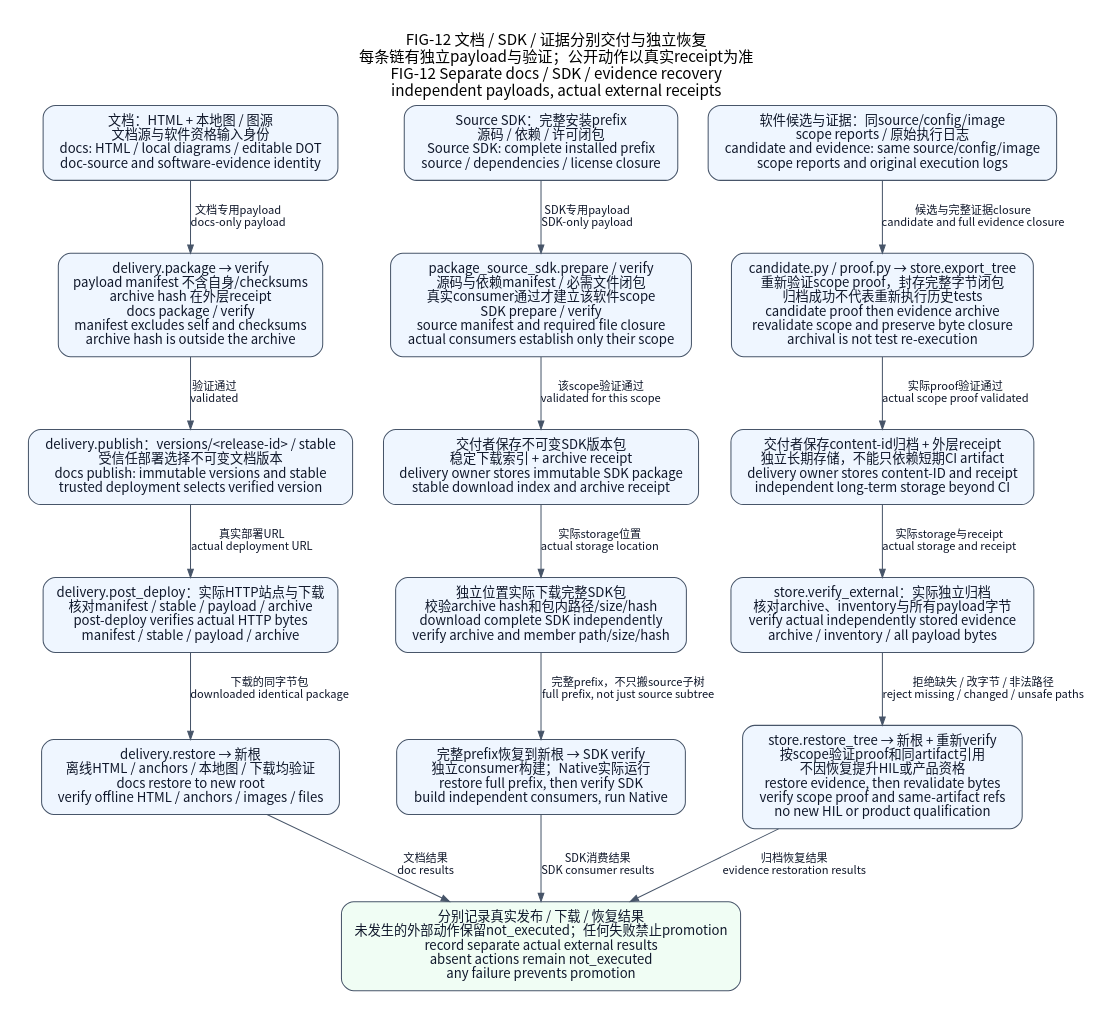
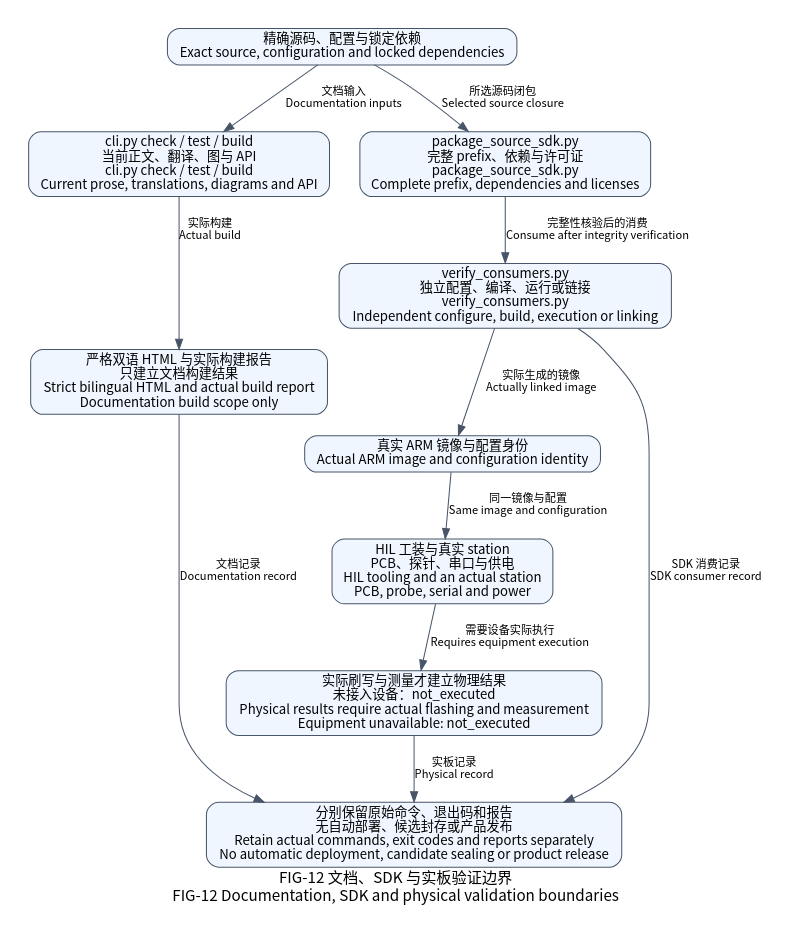
The diagram in docs/assets/diagrams/release-recovery.dot (X-Gen-Lab/nexus), drawn with Graphviz before and after one commit. The commit also changed 30 other files, not shown here.

```diff
--- a/docs/assets/diagrams/release-recovery.dot
+++ b/docs/assets/diagrams/release-recovery.dot
@@ -1,51 +1,30 @@
-// FIG-12 reference: source-backed, scoped engineering view.
-// Code basis: 0111c8d3b9c7b37d258b9c401070305b13b6f3a1.
-// Relations and qualification limits are documented in README.md.
-digraph ReleaseRecovery {
-    graph [newrank=true, rankdir=TB, bgcolor="white", pad=0.28, nodesep=0.42,
-           ranksep=0.66, fontname="Noto Sans CJK SC", fontsize=15,
-           labelloc=t];
+// FIG-12: current independent documentation, SDK and HIL boundaries.
+// Code basis: cc4619261fc1cc6c07de0fe266703d6297062aa8.
+digraph ValidationBoundaries {
+    graph [rankdir=TB, bgcolor="white", pad=0.28, nodesep=0.42,
+           ranksep=0.58, fontname="Noto Sans CJK SC", fontsize=15];
     node [shape=box, style="rounded,filled", fillcolor="#eff6ff",
-          color="#475569", fontcolor="#0f172a", fontname="Noto Sans CJK SC",
-          fontsize=13, margin="0.18,0.12"];
-    edge [color="#475569", fontcolor="#0f172a",
-          fontname="Noto Sans CJK SC", fontsize=11, arrowsize=0.8];
-
-    graph [label="FIG-12 文档 / SDK / 证据分别交付与独立恢复\n每条链有独立payload与验证；公开动作以真实receipt为准\nFIG-12 Separate docs / SDK / evidence recovery\nindependent payloads, actual external receipts"];
-    docs [label="文档：HTML + 本地图 / 图源\n文档源与软件资格输入身份\ndocs: HTML / local diagrams / editable DOT\ndoc-source and software-evidence identity", group="docs"];
-    sdk [label="Source SDK：完整安装prefix\n源码 / 依赖 / 许可闭包\nSource SDK: complete installed prefix\nsource / dependencies / license closure", group="sdk"];
-    candidate [label="软件候选与证据：同source/config/image\nscope reports / 原始执行日志\ncandidate and evidence: same source/config/image\nscope reports and original execution logs", group="evidence"];
-    docsSeal [label="delivery.package → verify\npayload manifest 不含自身/checksums\narchive hash 在外层receipt\ndocs package / verify\nmanifest excludes self and checksums\narchive hash is outside the archive", group="docs"];
-    sdkSeal [label="package_source_sdk.prepare / verify\n源码与依赖manifest / 必需文件闭包\n真实consumer通过才建立该软件scope\nSDK prepare / verify\nsource manifest and required file closure\nactual consumers establish only their scope", group="sdk"];
-    proofSeal [label="candidate.py / proof.py → store.export_tree\n重新验证scope proof，封存完整字节闭包\n归档成功不代表重新执行历史tests\ncandidate proof then evidence archive\nrevalidate scope and preserve byte closure\narchival is not test re-execution", group="evidence"];
-    docsPublish [label="delivery.publish：versions/<release-id> / stable\n受信任部署选择不可变文档版本\ndocs publish: immutable versions and stable\ntrusted deployment selects verified version", group="docs"];
-    sdkPublish [label="交付者保存不可变SDK版本包\n稳定下载索引 + archive receipt\ndelivery owner stores immutable SDK package\nstable download index and archive receipt", group="sdk"];
-    proofPublish [label="交付者保存content-id归档 + 外层receipt\n独立长期存储，不能只依赖短期CI artifact\ndelivery owner stores content-ID and receipt\nindependent long-term storage beyond CI", group="evidence"];
-    docsDownload [label="delivery.post_deploy：实际HTTP站点与下载\n核对manifest / stable / payload / archive\npost-deploy verifies actual HTTP bytes\nmanifest / stable / payload / archive", group="docs"];
-    sdkDownload [label="独立位置实际下载完整SDK包\n校验archive hash和包内路径/size/hash\ndownload complete SDK independently\nverify archive and member path/size/hash", group="sdk"];
-    proofDownload [label="store.verify_external：实际独立归档\n核对archive、inventory与所有payload字节\nverify actual independently stored evidence\narchive / inventory / all payload bytes", group="evidence"];
-    docsRestore [label="delivery.restore → 新根\n离线HTML / anchors / 本地图 / 下载均验证\ndocs restore to new root\nverify offline HTML / anchors / images / files", group="docs"];
-    sdkRestore [label="完整prefix恢复到新根 → SDK verify\n独立consumer构建；Native实际运行\nrestore full prefix, then verify SDK\nbuild independent consumers, run Native", group="sdk"];
-    proofRestore [label="store.restore_tree → 新根 + 重新verify\n按scope验证proof和同artifact引用\n不因恢复提升HIL或产品资格\nrestore evidence, then revalidate bytes\nverify scope proof and same-artifact refs\nno new HIL or product qualification", group="evidence"];
-    receipt [label="分别记录真实发布 / 下载 / 恢复结果\n未发生的外部动作保留not_executed；任何失败禁止promotion\nrecord separate actual external results\nabsent actions remain not_executed\nany failure prevents promotion", fillcolor="#f0fdf4"];
-    docs -> docsSeal [label="文档专用payload\ndocs-only payload"];
-    docsSeal -> docsPublish [label="验证通过\nvalidated"];
-    docsPublish -> docsDownload [label="真实部署URL\nactual deployment URL"];
-    docsDownload -> docsRestore [label="下载的同字节包\ndownloaded identical package"];
-    docsRestore -> receipt [label="文档结果\ndoc results"];
-    sdk -> sdkSeal [label="SDK专用payload\nSDK-only payload"];
-    sdkSeal -> sdkPublish [label="该scope验证通过\nvalidated for this scope"];
-    sdkPublish -> sdkDownload [label="实际storage位置\nactual storage location"];
-    sdkDownload -> sdkRestore [label="完整prefix，不只搬source子树\nfull prefix, not just source subtree"];
-    sdkRestore -> receipt [label="SDK消费结果\nSDK consumer results"];
-    candidate -> proofSeal [label="候选与完整证据closure\ncandidate and full evidence closure"];
-    proofSeal -> proofPublish [label="实际proof验证通过\nactual scope proof validated"];
-    proofPublish -> proofDownload [label="实际storage与receipt\nactual storage and receipt"];
-    proofDownload -> proofRestore [label="拒绝缺失 / 改字节 / 非法路径\nreject missing / changed / unsafe paths"];
-    proofRestore -> receipt [label="归档恢复结果\nevidence restoration results"];
-    { rank=same; docs; sdk; candidate; }
-    { rank=same; docsSeal; sdkSeal; proofSeal; }
-    { rank=same; docsPublish; sdkPublish; proofPublish; }
-    { rank=same; docsDownload; sdkDownload; proofDownload; }
-    { rank=same; docsRestore; sdkRestore; proofRestore; }
+          color="#475569", fontname="Noto Sans CJK SC", fontsize=13];
+    edge [color="#475569", fontname="Noto Sans CJK SC", fontsize=11];
+    graph [label="FIG-12 文档、SDK 与实板验证边界\nFIG-12 Documentation, SDK and physical validation boundaries"];
+    source [label="精确源码、配置与锁定依赖\nExact source, configuration and locked dependencies"];
+    docs [label="cli.py check / test / build\n当前正文、翻译、图与 API\ncli.py check / test / build\nCurrent prose, translations, diagrams and API"];
+    html [label="严格双语 HTML 与实际构建报告\n只建立文档构建结果\nStrict bilingual HTML and actual build report\nDocumentation build scope only"];
+    sdk [label="package_source_sdk.py\n完整 prefix、依赖与许可证\npackage_source_sdk.py\nComplete prefix, dependencies and licenses"];
+    consumers [label="verify_consumers.py\n独立配置、编译、运行或链接\nverify_consumers.py\nIndependent configure, build, execution or linking"];
+    image [label="真实 ARM 镜像与配置身份\nActual ARM image and configuration identity"];
+    station [label="HIL 工装与真实 station\nPCB、探针、串口与供电\nHIL tooling and an actual station\nPCB, probe, serial and power"];
+    hardware [label="实际刷写与测量才建立物理结果\n未接入设备：not_executed\nPhysical results require actual flashing and measurement\nEquipment unavailable: not_executed"];
+    records [label="分别保留原始命令、退出码和报告\n无自动部署、候选封存或产品发布\nRetain actual commands, exit codes and reports separately\nNo automatic deployment, candidate sealing or product release"];
+    source -> docs [label="文档输入\nDocumentation inputs"];
+    docs -> html [label="实际构建\nActual build"];
+    source -> sdk [label="所选源码闭包\nSelected source closure"];
+    sdk -> consumers [label="完整性核验后的消费\nConsume after integrity verification"];
+    consumers -> image [label="实际生成的镜像\nActually linked image"];
+    image -> station [label="同一镜像与配置\nSame image and configuration"];
+    station -> hardware [label="需要设备实际执行\nRequires equipment execution"];
+    html -> records [label="文档记录\nDocumentation record"];
+    consumers -> records [label="SDK 消费记录\nSDK consumer record"];
+    hardware -> records [label="实板记录\nPhysical record"];
+    { rank=same; docs; sdk; }
 }
```
